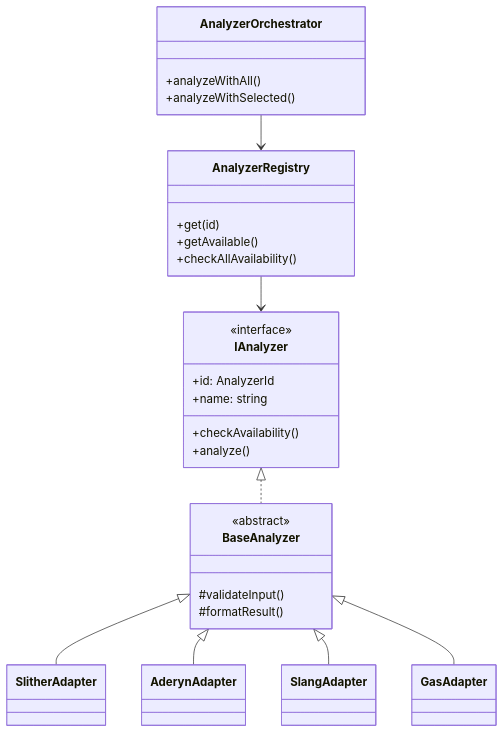
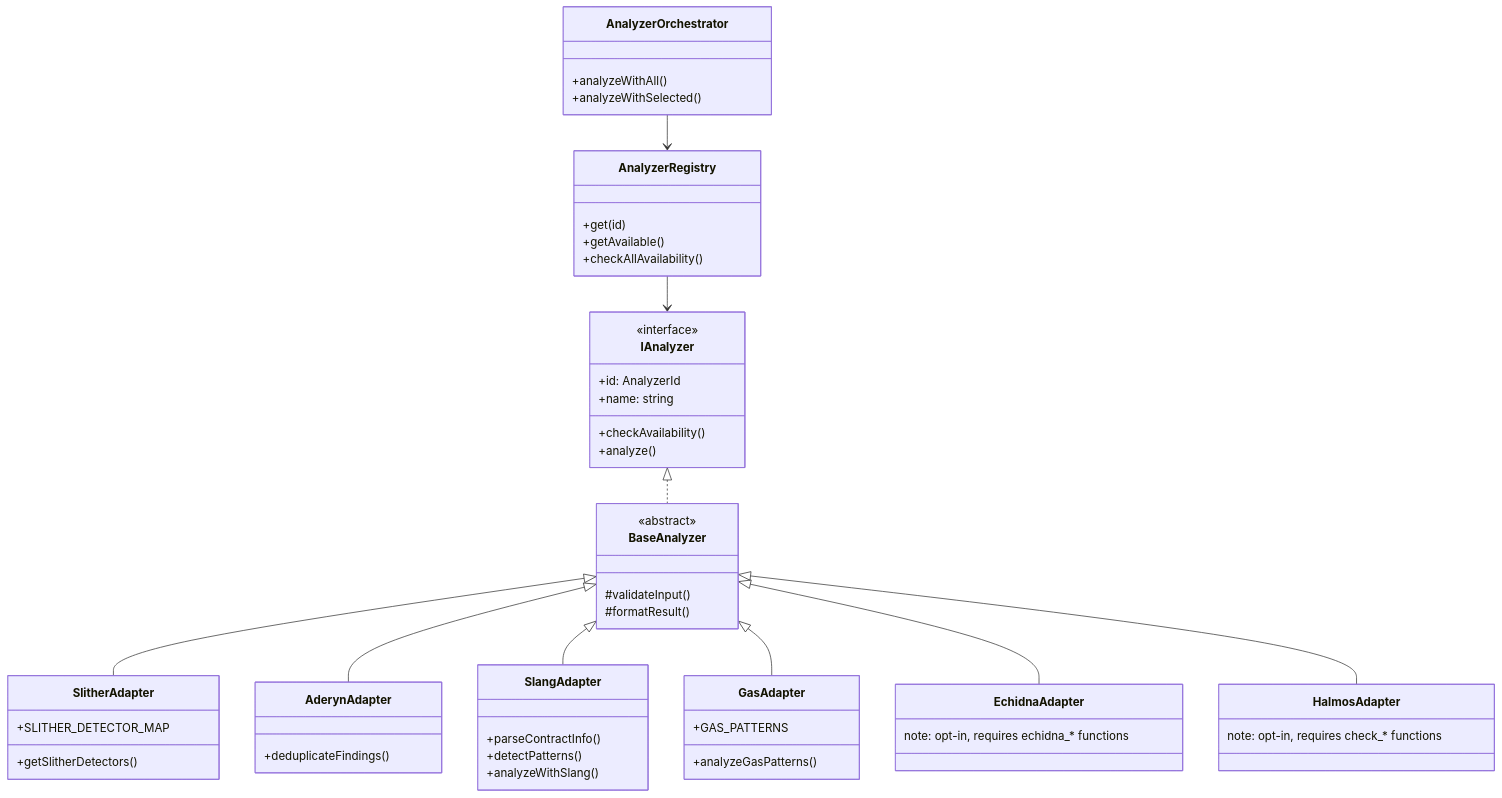
The second of 3 diagrams in docs/ARCHITECTURE.md (mariano-aguero/solidity-audit-mcp), drawn with Mermaid before and after one commit. The commit also changed other lines of this file and 1 other file, not shown here.

Commit message:
docs: update README and ARCHITECTURE.md for v1.6.0 — 6 adapters, 10 tools, 7 health analyzers

````diff
--- a/docs/ARCHITECTURE.md
+++ b/docs/ARCHITECTURE.md
@@ -145,41 +147,61 @@
 ```mermaid
 classDiagram
     class IAnalyzer {
         <<interface>>
         +id: AnalyzerId
         +name: string
         +checkAvailability()
         +analyze()
     }
 
     class BaseAnalyzer {
         <<abstract>>
         #validateInput()
         #formatResult()
     }
 
-    class SlitherAdapter
-    class AderynAdapter
-    class SlangAdapter
-    class GasAdapter
+    class SlitherAdapter {
+        +SLITHER_DETECTOR_MAP
+        +getSlitherDetectors()
+    }
+    class AderynAdapter {
+        +deduplicateFindings()
+    }
+    class SlangAdapter {
+        +parseContractInfo()
+        +detectPatterns()
+        +analyzeWithSlang()
+    }
+    class GasAdapter {
+        +GAS_PATTERNS
+        +analyzeGasPatterns()
+    }
+    class EchidnaAdapter {
+        note: opt-in, requires echidna_* functions
+    }
+    class HalmosAdapter {
+        note: opt-in, requires check_* functions
+    }
 
     IAnalyzer <|.. BaseAnalyzer
     BaseAnalyzer <|-- SlitherAdapter
     BaseAnalyzer <|-- AderynAdapter
     BaseAnalyzer <|-- SlangAdapter
     BaseAnalyzer <|-- GasAdapter
+    BaseAnalyzer <|-- EchidnaAdapter
+    BaseAnalyzer <|-- HalmosAdapter
 
     class AnalyzerRegistry {
         +get(id)
         +getAvailable()
         +checkAllAvailability()
     }
 
     class AnalyzerOrchestrator {
         +analyzeWithAll()
         +analyzeWithSelected()
     }
 
     AnalyzerRegistry --> IAnalyzer
     AnalyzerOrchestrator --> AnalyzerRegistry
 ```
````
